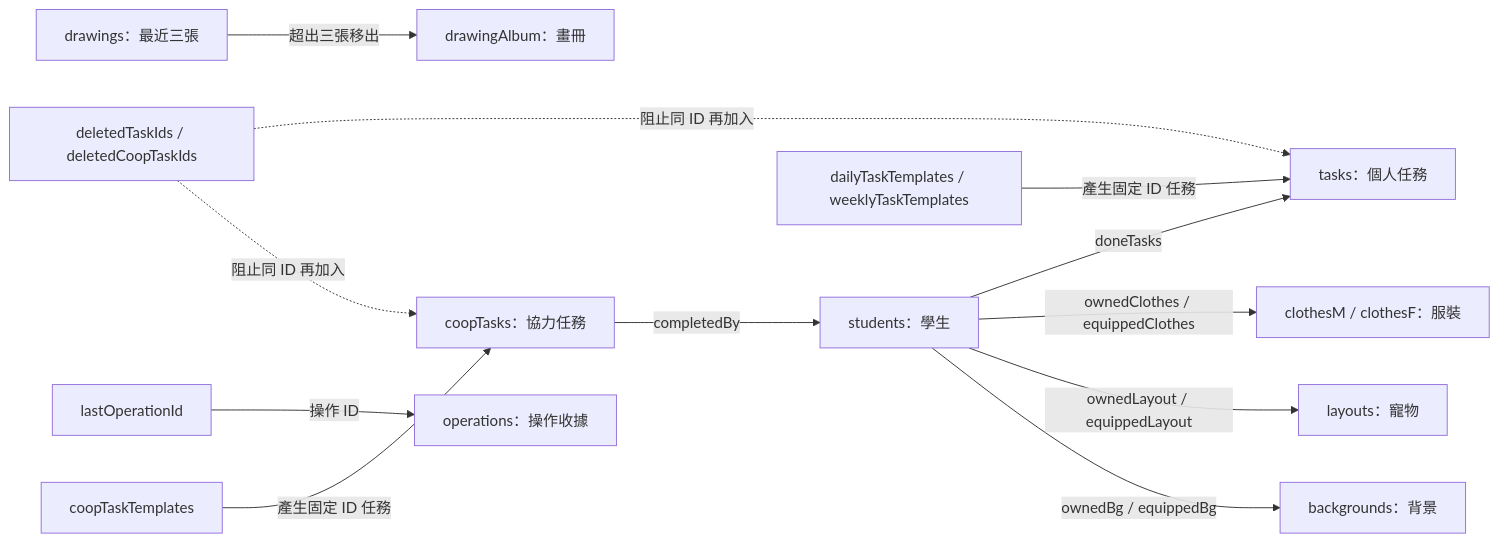
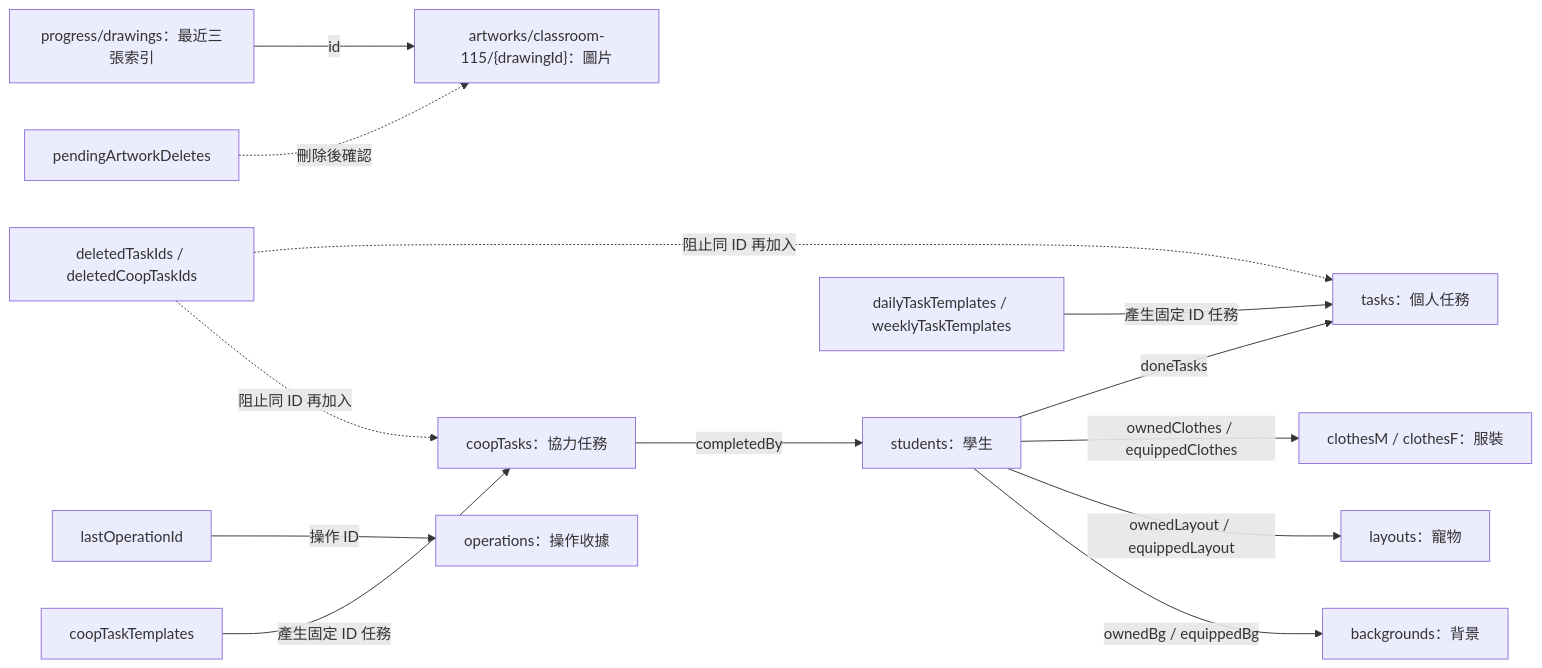
One commit to AviaWu/classroom-115 changed the diagram in docs/database-structure.md. Above: the diagram before and after it, drawn with Mermaid. The commit also changed other lines of this file and 1 other file, not shown here.

Commit message:
docs: document artwork retention and cleanup

````diff
--- a/docs/database-structure.md
+++ b/docs/database-structure.md
@@ -162,14 +175,15 @@
 ```mermaid
 flowchart LR
     student["students：學生"] -->|doneTasks| task["tasks：個人任務"]
     student -->|ownedClothes / equippedClothes| clothes["clothesM / clothesF：服裝"]
     student -->|ownedLayout / equippedLayout| pet["layouts：寵物"]
     student -->|ownedBg / equippedBg| background["backgrounds：背景"]
     personalTemplate["dailyTaskTemplates / weeklyTaskTemplates"] -->|產生固定 ID 任務| task
     coopTemplate["coopTaskTemplates"] -->|產生固定 ID 任務| coop["coopTasks：協力任務"]
     coop -->|completedBy| student
     deleted["deletedTaskIds / deletedCoopTaskIds"] -.->|阻止同 ID 再加入| task
     deleted -.->|阻止同 ID 再加入| coop
-    recent["drawings：最近三張"] -->|超出三張移出| album["drawingAlbum：畫冊"]
+    recent["progress/drawings：最近三張索引"] -->|id| artwork["artworks/classroom-115/{drawingId}：圖片"]
+    pending["pendingArtworkDeletes"] -.->|刪除後確認| artwork
     last["lastOperationId"] -->|操作 ID| receipt["operations：操作收據"]
 ```
````
